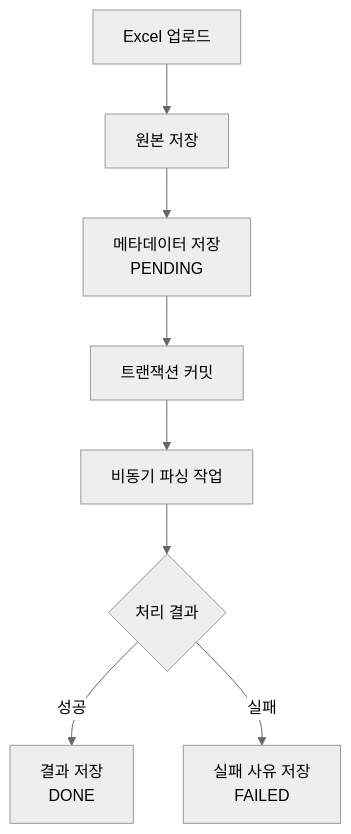
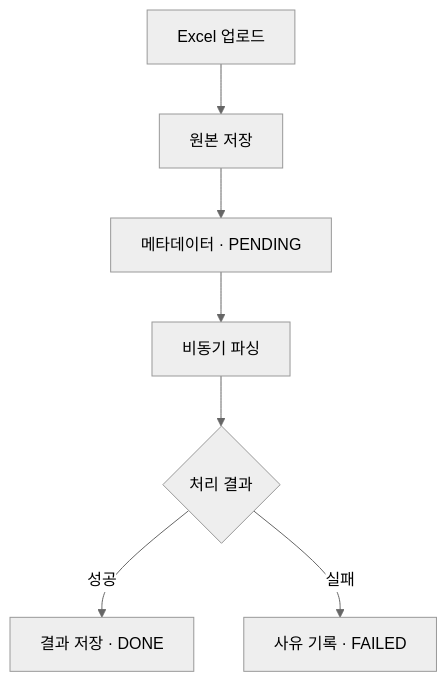
The first of 4 diagrams in README.md (Joooooonha/excel-streaming-parser-study), drawn with Mermaid (neutral theme) before and after one commit. The commit also changed other lines of this file, not shown here.

````diff
--- a/README.md
+++ b/README.md
@@ -54,10 +33,9 @@
 ```mermaid
 flowchart TD
     A["Excel 업로드"] --> B["원본 저장"]
-    B --> C["메타데이터 저장<br>PENDING"]
-    C --> D["트랜잭션 커밋"]
-    D --> E["비동기 파싱 작업"]
-    E --> F{"처리 결과"}
-    F -->|성공| G["결과 저장<br>DONE"]
-    F -->|실패| H["실패 사유 저장<br>FAILED"]
+    B --> C["메타데이터 · PENDING"]
+    C --> D["비동기 파싱"]
+    D --> E{"처리 결과"}
+    E -->|성공| F["결과 저장 · DONE"]
+    E -->|실패| G["사유 기록 · FAILED"]
 ```
````
